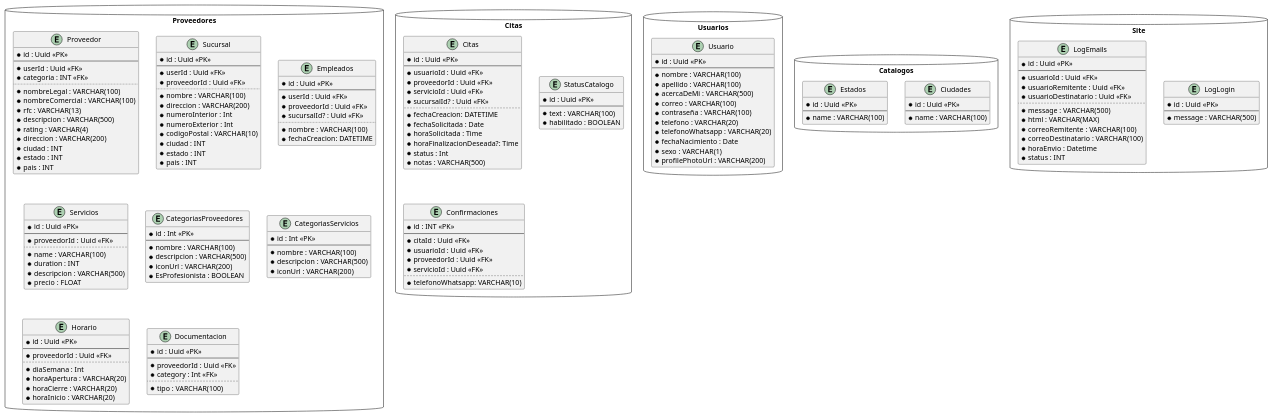
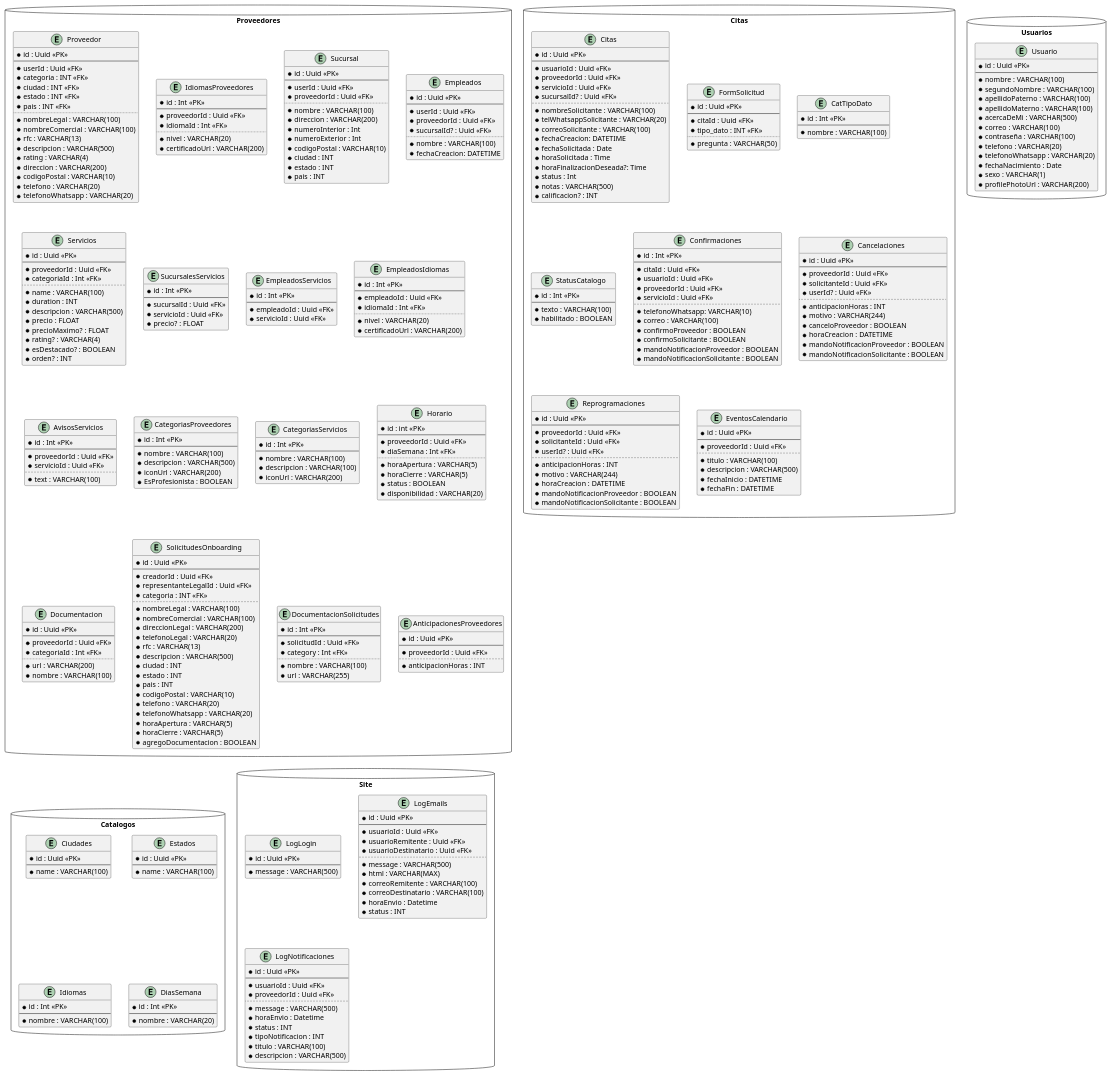
One commit to MoysAkuma/plantumldiagrams changed the diagram in citame/db/tablas.puml. Above: the diagram before and after it, drawn with PlantUML.

Commit message:
update entity definitions in tablas.puml for Usuarios, Proveedores, Citas, and Catalogos

```diff
--- a/citame/db/tablas.puml
+++ b/citame/db/tablas.puml
@@ -1,12 +1,13 @@
 @startuml
-
 
 package "Usuarios" <<Database>> {
     entity "Usuario" as usuario {
         * id : Uuid <<PK>>
         --
         * nombre : VARCHAR(100)
-        * apellido : VARCHAR(100)
+        * segundoNombre : VARCHAR(100)
+        * apellidoPaterno : VARCHAR(100)
+        * apellidoMaterno : VARCHAR(100)
         * acercaDeMi : VARCHAR(500)
         * correo : VARCHAR(100)
         * contraseña : VARCHAR(100)
@@ -16,7 +17,6 @@
         * sexo : VARCHAR(1)
         * profilePhotoUrl : VARCHAR(200)
     }
-
 }
 package "Proveedores" <<Database>> {
     entity "Proveedor" as proveedor {
@@ -24,6 +24,9 @@
         --
         * userId : Uuid <<FK>>
         * categoria : INT <<FK>>
+        * ciudad : INT <<FK>>
+        * estado : INT <<FK>>
+        * pais : INT <<FK>>
         ..
         * nombreLegal : VARCHAR(100)
         * nombreComercial : VARCHAR(100)
@@ -31,9 +34,19 @@
         * descripcion : VARCHAR(500)
         * rating : VARCHAR(4)
         * direccion : VARCHAR(200)
-        * ciudad : INT
-        * estado : INT
-        * pais : INT
+        * codigoPostal : VARCHAR(10)
+        * telefono : VARCHAR(20)
+        * telefonoWhatsapp : VARCHAR(20)
+    }
+    
+    entity "IdiomasProveedores" as idiomasProveedores {
+        * id : Int <<PK>>
+        --
+        * proveedorId : Uuid <<FK>>
+        * idiomaId : Int <<FK>>
+        ..
+        * nivel : VARCHAR(20)
+        * certificadoUrl : VARCHAR(200)
     }
 
     entity "Sucursal" as sucursal {
@@ -67,11 +80,50 @@
         * id : Uuid <<PK>>
         --
         * proveedorId : Uuid <<FK>>
+        * categoriaId : Int <<FK>>
         ..
         * name : VARCHAR(100)
         * duration : INT
         * descripcion : VARCHAR(500)
         * precio : FLOAT
+        * precioMaximo? : FLOAT
+        * rating? : VARCHAR(4)
+        * esDestacado? : BOOLEAN
+        * orden? : INT
+    }
+
+    entity "SucursalesServicios" as sucursalesServicios {
+        * id : Int <<PK>>
+        --
+        * sucursalId : Uuid <<FK>>
+        * servicioId : Uuid <<FK>>
+        * precio? : FLOAT
+    }
+
+    entity "EmpleadosServicios" as empleadosServicios {
+        * id : Int <<PK>>
+        --
+        * empleadoId : Uuid <<FK>>
+        * servicioId : Uuid <<FK>>
+    }
+
+    entity "EmpleadosIdiomas" as empleadosIdiomas {
+        * id : Int <<PK>>
+        --
+        * empleadoId : Uuid <<FK>>
+        * idiomaId : Int <<FK>>
+        ..
+        * nivel : VARCHAR(20)
+        * certificadoUrl : VARCHAR(200)
+    }
+
+    entity "AvisosServicios" as avisosServicios {
+        * id : Int <<PK>>
+        --
+        * proveedorId : Uuid <<FK>>
+        * servicioId : Uuid <<FK>>
+        ..
+        * text : VARCHAR(100)
     }
 
     entity "CategoriasProveedores" as categoriaproveedores {
@@ -87,30 +139,73 @@
         * id : Int <<PK>>
         --
         * nombre : VARCHAR(100)
-        * descripcion : VARCHAR(500)
+        * descripcion : VARCHAR(100)
         * iconUrl : VARCHAR(200)
     }
 
     entity "Horario" as horario {
-        * id : Uuid <<PK>>
+        * id : int <<PK>>
         --
         * proveedorId : Uuid <<FK>>
+        * diaSemana : Int <<FK>>
         ..
-        * diaSemana : Int
-        * horaApertura : VARCHAR(20)
-        * horaCierre : VARCHAR(20)
-        * horaInicio : VARCHAR(20)
+        * horaApertura : VARCHAR(5)
+        * horaCierre : VARCHAR(5)
+        * status : BOOLEAN
+        * disponibilidad : VARCHAR(20)
     }
 
     entity "Documentacion" as documentacion{
         * id : Uuid <<PK>>
         --
         * proveedorId : Uuid <<FK>>
+        * categoriaId : Int <<FK>>
+        ..
+        * url : VARCHAR(200)
+        * nombre : VARCHAR(100)
+    }
+
+    entity "SolicitudesOnboarding" as solicitudesOnboarding {
+        * id : Uuid <<PK>>
+        --
+        * creadorId : Uuid <<FK>>
+        * representanteLegalId : Uuid <<FK>>
+        * categoria : INT <<FK>>
+        ..
+        * nombreLegal : VARCHAR(100)
+        * nombreComercial : VARCHAR(100)
+        * direccionLegal : VARCHAR(200)
+        * telefonoLegal : VARCHAR(20)
+        * rfc : VARCHAR(13)
+        * descripcion : VARCHAR(500)
+        * ciudad : INT
+        * estado : INT
+        * pais : INT
+        * codigoPostal : VARCHAR(10)
+        * telefono : VARCHAR(20)
+        * telefonoWhatsapp : VARCHAR(20)
+        * horaApertura : VARCHAR(5)
+        * horaCierre : VARCHAR(5)
+        * agregoDocumentacion : BOOLEAN
+    }
+
+    entity "DocumentacionSolicitudes" as documentacionSolicitudes {
+        * id : Int <<PK>>
+        --
+        * solicitudId : Uuid <<FK>>
         * category : Int <<FK>>
         ..
-        * tipo : VARCHAR(100)
+        * nombre : VARCHAR(100)
+        * url : VARCHAR(255)
     }
-
+    entity "AnticipacionesProveedores" as anticipacionesProveedores {
+        * id : Uuid <<PK>>
+        --
+        * proveedorId : Uuid <<FK>>
+        ..
+        * anticipacionHoras : INT
+    }
+     
 }
 
 
@@ -124,24 +219,42 @@
         * servicioId : Uuid <<FK>>
         * sucursalId? : Uuid <<FK>>
         ..
+        * nombreSolicitante : VARCHAR(100)
+        * telWhatsappSolicitante : VARCHAR(20)
+        * correoSolicitante : VARCHAR(100)
         * fechaCreacion: DATETIME
         * fechaSolicitada : Date
         * horaSolicitada : Time
         * horaFinalizacionDeseada?: Time 
         * status : Int
         * notas : VARCHAR(500)
+        * calificacion? : INT
     }
 
+    entity "FormSolicitud" as formSolicitud {
+        * id : Uuid <<PK>>
+        --
+        * citaId : Uuid <<FK>>
+        * tipo_dato : INT <<FK>>
+        ..
+        * pregunta : VARCHAR(50)
+    }
+
+    entity "CatTipoDato" as catTipoDato {
+        * id : Int <<PK>>
+        --
+        * nombre : VARCHAR(100)
+    }
 
     entity "StatusCatalogo" as statusCatalogo{
-        * id : Uuid <<PK>>
+        * id : Int <<PK>>
         --
-        * text : VARCHAR(100)
+        * texto : VARCHAR(100)
         * habilitado : BOOLEAN
     }
 
     entity "Confirmaciones" as confirmaciones{
-        * id : INT <<PK>>
+        * id : Int <<PK>>
         --
         * citaId : Uuid <<FK>>
         * usuarioId : Uuid <<FK>>
@@ -149,7 +262,54 @@
         * servicioId : Uuid <<FK>>
         ..
         * telefonoWhatsapp: VARCHAR(10)
-    } 
+        * correo : VARCHAR(100)
+        * confirmoProveedor : BOOLEAN
+        * confirmoSolicitante : BOOLEAN
+        * mandoNotificacionProveedor : BOOLEAN
+        * mandoNotificacionSolicitante : BOOLEAN
+    }
+
+    
+
+    entity "Cancelaciones" as cancelaciones {
+        * id : Uuid <<PK>>
+        --
+        * proveedorId : Uuid <<FK>>
+        * solicitanteId : Uuid <<FK>>
+        * userId? : Uuid <<FK>>
+        ..
+        * anticipacionHoras : INT
+        * motivo : VARCHAR(244)
+        * canceloProveedor : BOOLEAN
+        * horaCreacion : DATETIME
+        * mandoNotificacionProveedor : BOOLEAN
+        * mandoNotificacionSolicitante : BOOLEAN
+    }
+
+    entity "Reprogramaciones" as reprogramaciones {
+        * id : Uuid <<PK>>
+        --
+        * proveedorId : Uuid <<FK>>
+        * solicitanteId : Uuid <<FK>>
+        * userId? : Uuid <<FK>>
+        ..
+        * anticipacionHoras : INT
+        * motivo : VARCHAR(244)
+        * horaCreacion : DATETIME
+        * mandoNotificacionProveedor : BOOLEAN
+        * mandoNotificacionSolicitante : BOOLEAN
+    }
+
+    entity "EventosCalendario" as eventosCalendario {
+        * id : Uuid <<PK>>
+        --
+        * proveedorId : Uuid <<FK>>
+        ..
+        * titulo : VARCHAR(100)
+        * descripcion : VARCHAR(500)
+        * fechaInicio : DATETIME
+        * fechaFin : DATETIME
+    }
 }
 
 package "Catalogos" <<Database>> {
@@ -163,6 +323,18 @@
         --
         * name : VARCHAR(100)
     }
+
+    entity "Idiomas" as idiomas {
+        * id : Int <<PK>>
+        --
+        * nombre : VARCHAR(100)
+    }
+
+    entity "DiasSemana" as diasSemana {
+        * id : Int <<PK>>
+        --
+        * nombre : VARCHAR(20)
+    }
 }
 
 package "Site" <<Database>> {
@@ -171,6 +343,7 @@
         --
         * message : VARCHAR(500)
     }
+
     entity "LogEmails" as log_emails {
         * id : Uuid <<PK>>
         --
@@ -185,6 +358,20 @@
         * horaEnvio : Datetime
         * status : INT
     }
+
+    entity "LogNotificaciones" as log_notificaciones {
+        * id : Uuid <<PK>>
+        --
+        * usuarioId : Uuid <<FK>>
+        * proveedorId : Uuid <<FK>>
+        ..
+        * message : VARCHAR(500)
+        * horaEnvio : Datetime
+        * status : INT
+        * tipoNotificacion : INT
+        * titulo : VARCHAR(100)
+        * descripcion : VARCHAR(500)
+    }
 }
 
 @enduml
```
